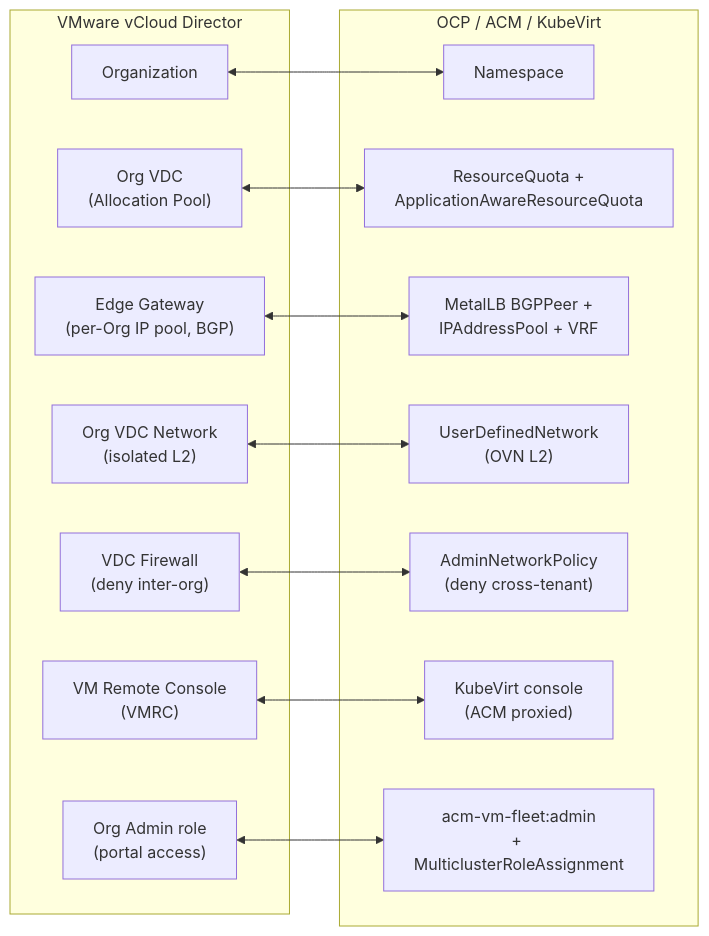
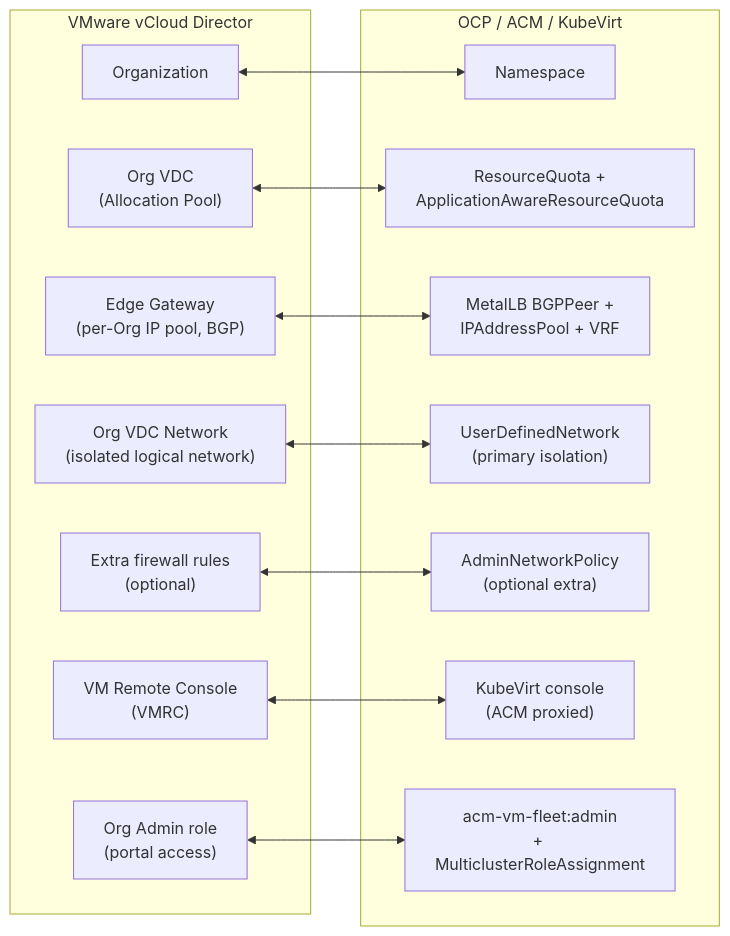
The third of 3 diagrams in docs/tenancy-model.md (ngner/tenancy-by-acm-policy), drawn with Mermaid before and after one commit. The commit also changed other lines of this file and 5 other files, not shown here.

````diff
--- a/docs/tenancy-model.md
+++ b/docs/tenancy-model.md
@@ -182,29 +191,29 @@
 ```mermaid
 flowchart LR
     subgraph vcd [VMware vCloud Director]
         org[Organization]
         vdc["Org VDC\n(Allocation Pool)"]
         edgegw["Edge Gateway\n(per-Org IP pool, BGP)"]
-        orgnet["Org VDC Network\n(isolated L2)"]
-        fwrule["VDC Firewall\n(deny inter-org)"]
+        orgnet["Org VDC Network\n(isolated logical network)"]
+        fwrule["Extra firewall rules\n(optional)"]
         vmrc["VM Remote Console\n(VMRC)"]
         orgadmin["Org Admin role\n(portal access)"]
     end
     subgraph ocp [OCP / ACM / KubeVirt]
         ns[Namespace]
         quota["ResourceQuota +\nApplicationAwareResourceQuota"]
         metallb["MetalLB BGPPeer +\nIPAddressPool + VRF"]
-        udn["UserDefinedNetwork\n(OVN L2)"]
-        anp["AdminNetworkPolicy\n(deny cross-tenant)"]
+        udn["UserDefinedNetwork\n(primary isolation)"]
+        anp["AdminNetworkPolicy\n(optional extra)"]
         console["KubeVirt console\n(ACM proxied)"]
         fleetrole["acm-vm-fleet:admin\n+ MulticlusterRoleAssignment"]
     end
 
     org <--> ns
     vdc <--> quota
     edgegw <--> metallb
     orgnet <--> udn
     fwrule <--> anp
     vmrc <--> console
     orgadmin <--> fleetrole
 ```
````
